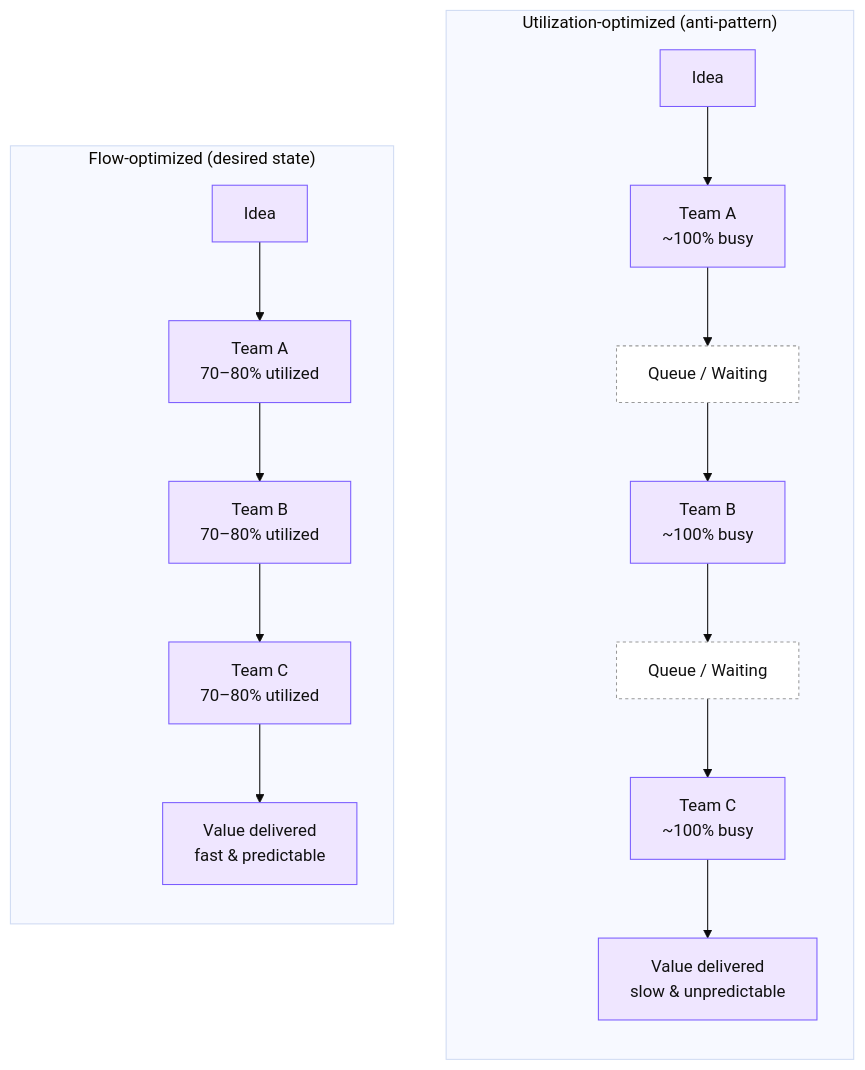
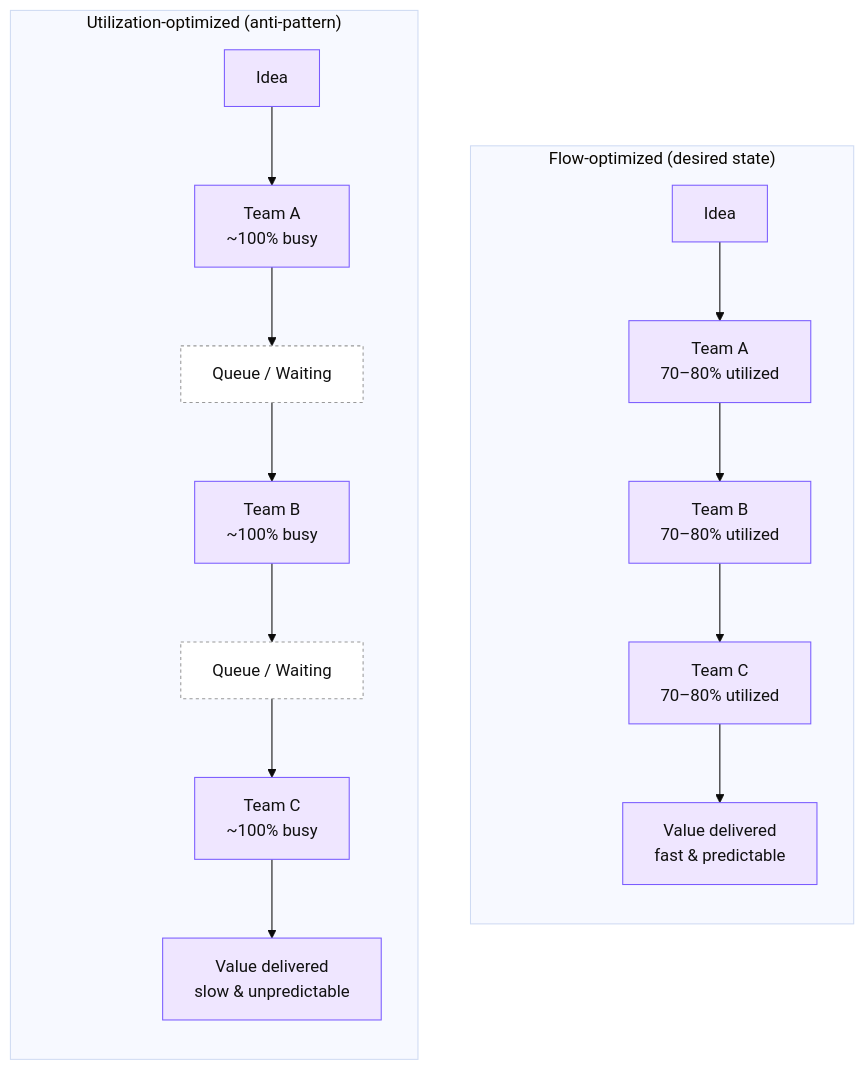
The diagram in 01-principles/optimize-for-flow-not-utilization.md (awsvkvims/engineering-productivity-metrics), drawn with Mermaid (base theme) before and after one commit.

````diff
--- a/01-principles/optimize-for-flow-not-utilization.md
+++ b/01-principles/optimize-for-flow-not-utilization.md
@@ -17,32 +17,33 @@
 ```mermaid
 flowchart TB
 
 %% Make the two subgraphs sit side-by-side
 %% Each subgraph uses TB so the steps inside flow top-to-bottom
 
 classDef box fill:#efe6ff,stroke:#7a5cff,stroke-width:1px,color:#111;
 classDef note fill:#fff,stroke:#999,stroke-dasharray:3 3,color:#111;
 classDef spacer fill:transparent,stroke:transparent,color:transparent;
+subgraph F["Flow-optimized (desired state)"]
+direction TB
+Fsp[" "]:::spacer
+
+F0[Idea]:::box --> F1[Team A<br/>70–80% utilized]:::box
+F1 --> F2[Team B<br/>70–80% utilized]:::box
+F2 --> F3[Team C<br/>70–80% utilized]:::box
+F3 --> F4[Value delivered<br/>fast & predictable]:::box
+end
 
 subgraph U["Utilization-optimized (anti-pattern)"]
 direction TB
 Usp[" "]:::spacer
 
 U0[Idea]:::box --> U1[Team A<br/>~100% busy]:::box
 U1 --> Uq1[Queue / Waiting]:::note
 Uq1 --> U2[Team B<br/>~100% busy]:::box
 U2 --> Uq2[Queue / Waiting]:::note
 Uq2 --> U3[Team C<br/>~100% busy]:::box
 U3 --> U4[Value delivered<br/>slow & unpredictable]:::box
 end
 
-subgraph F["Flow-optimized (desired state)"]
-direction TB
-Fsp[" "]:::spacer
 
-F0[Idea]:::box --> F1[Team A<br/>70–80% utilized]:::box
-F1 --> F2[Team B<br/>70–80% utilized]:::box
-F2 --> F3[Team C<br/>70–80% utilized]:::box
-F3 --> F4[Value delivered<br/>fast & predictable]:::box
-end
 ```  
````
